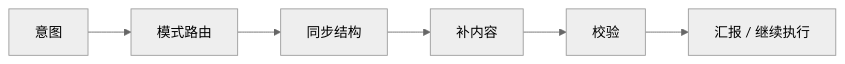
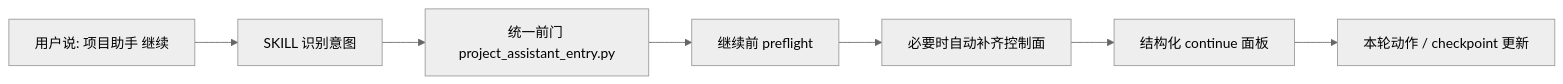
The second of 2 diagrams in docs/architecture.zh-CN.md (redcreen/project-assistant), drawn with Mermaid (neutral theme) before and after one commit. The commit also changed other lines of this file and 40 other files, not shown here.

````diff
--- a/docs/architecture.zh-CN.md
+++ b/docs/architecture.zh-CN.md
@@ -34,8 +76,9 @@
 ```mermaid
 flowchart LR
-    A["意图"] --> B["模式路由"]
-    B --> C["同步结构"]
-    C --> D["补内容"]
-    D --> E["校验"]
-    E --> F["汇报 / 继续执行"]
+    A["用户说: 项目助手 继续"] --> B["SKILL 识别意图"]
+    B --> C["统一前门 project_assistant_entry.py"]
+    C --> D["继续前 preflight"]
+    D --> E["必要时自动补齐控制面"]
+    E --> F["结构化 continue 面板"]
+    F --> G["本轮动作 / checkpoint 更新"]
 ```
````
